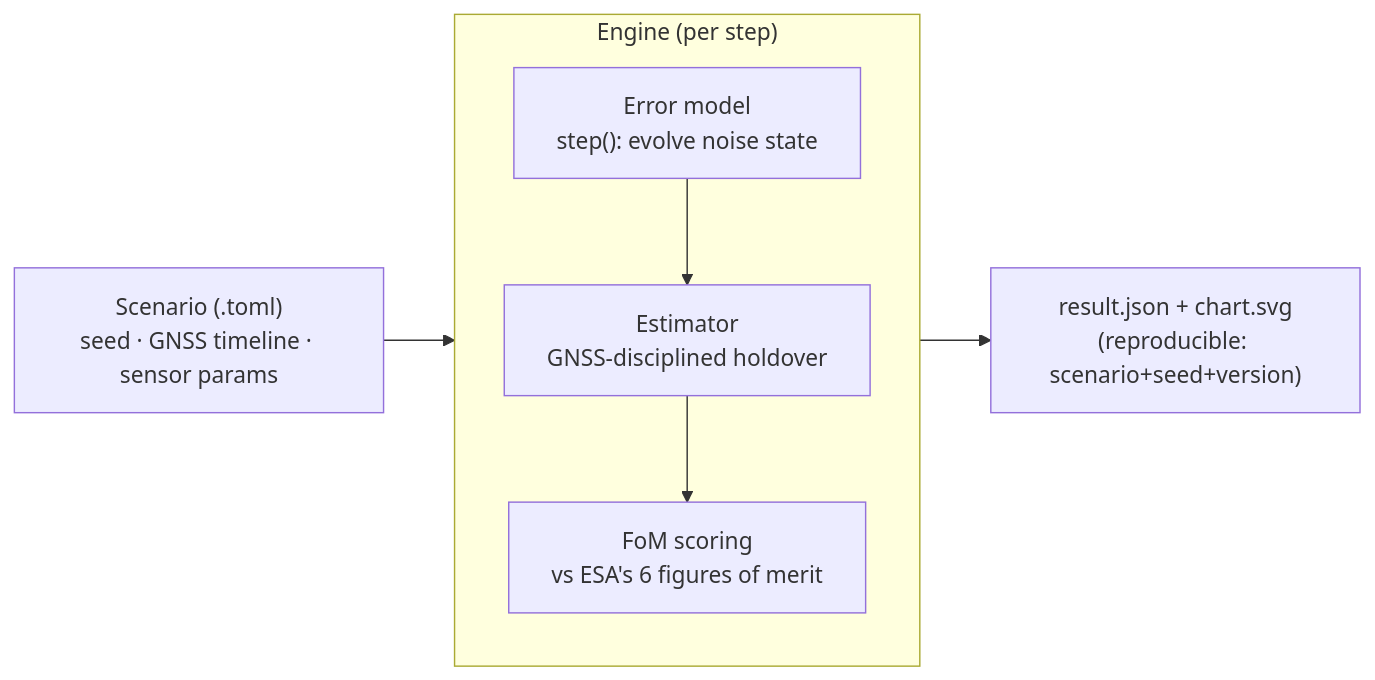
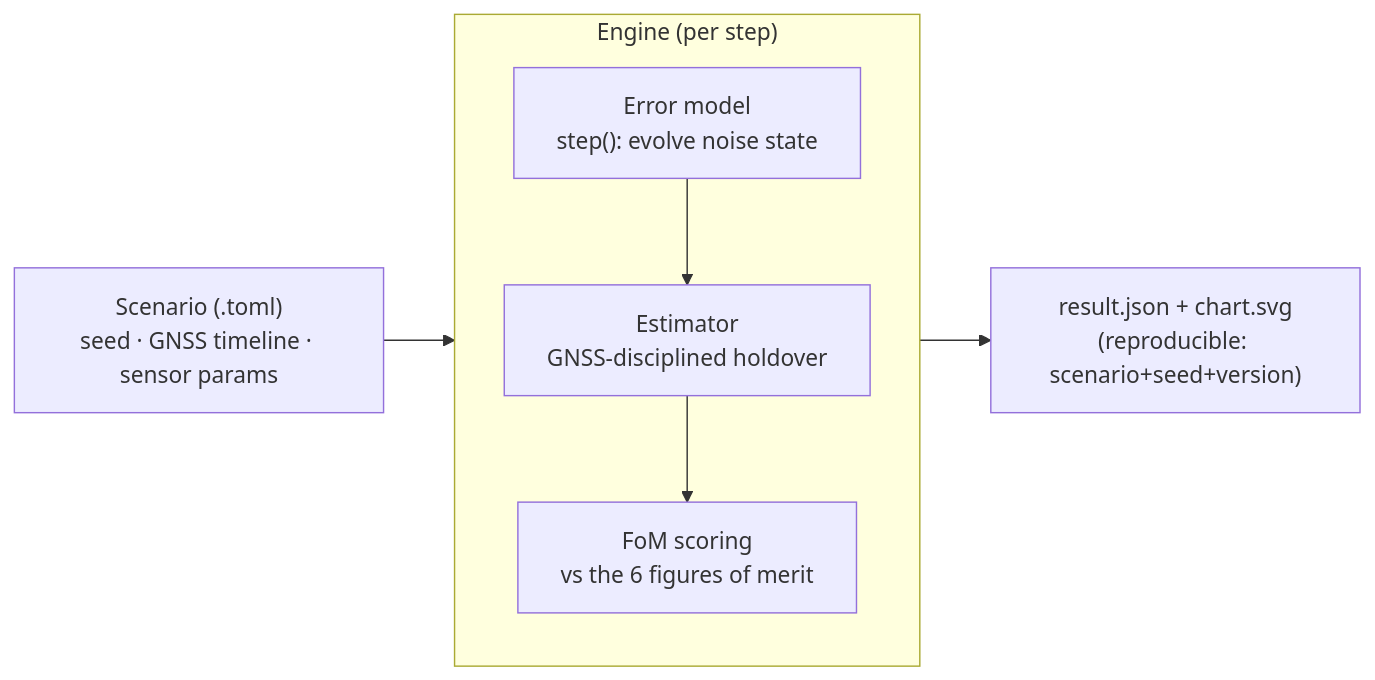
Before and after one commit to ashfordeOU/kshana: the first of 2 diagrams in README.md, drawn with Mermaid. The commit also changed other lines of this file and 9 other files, not shown here.

````diff
--- a/README.md
+++ b/README.md
@@ -147,10 +147,10 @@
 ```mermaid
 flowchart LR
     SCN["Scenario (.toml)<br/>seed · GNSS timeline · sensor params"] --> ENG
     subgraph ENG["Engine (per step)"]
       direction TB
       M["Error model<br/>step(): evolve noise state"] --> E["Estimator<br/>GNSS-disciplined holdover"]
-      E --> F["FoM scoring<br/>vs ESA's 6 figures of merit"]
+      E --> F["FoM scoring<br/>vs the 6 figures of merit"]
     end
     ENG --> OUT["result.json + chart.svg<br/>(reproducible: scenario+seed+version)"]
 ```
````
